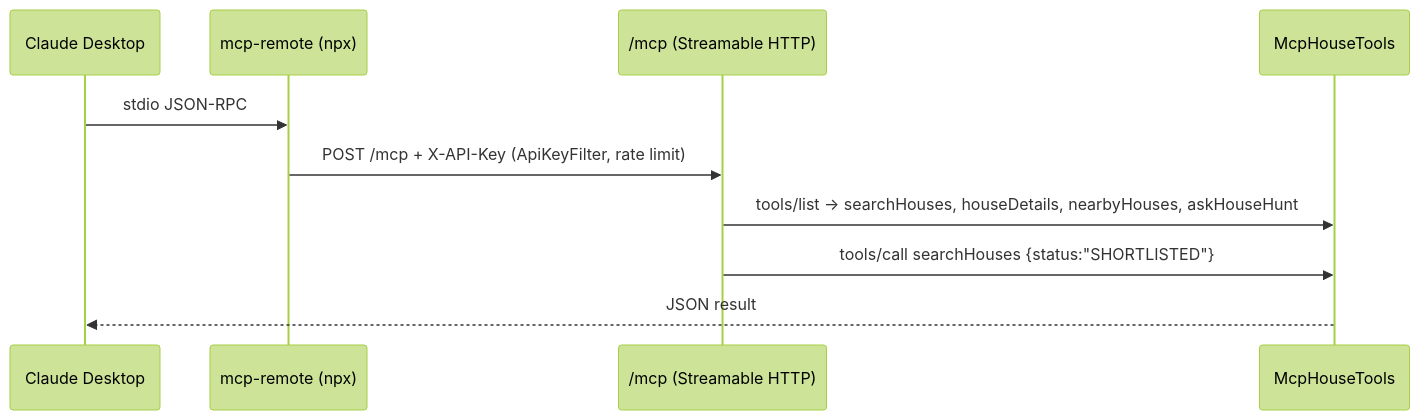
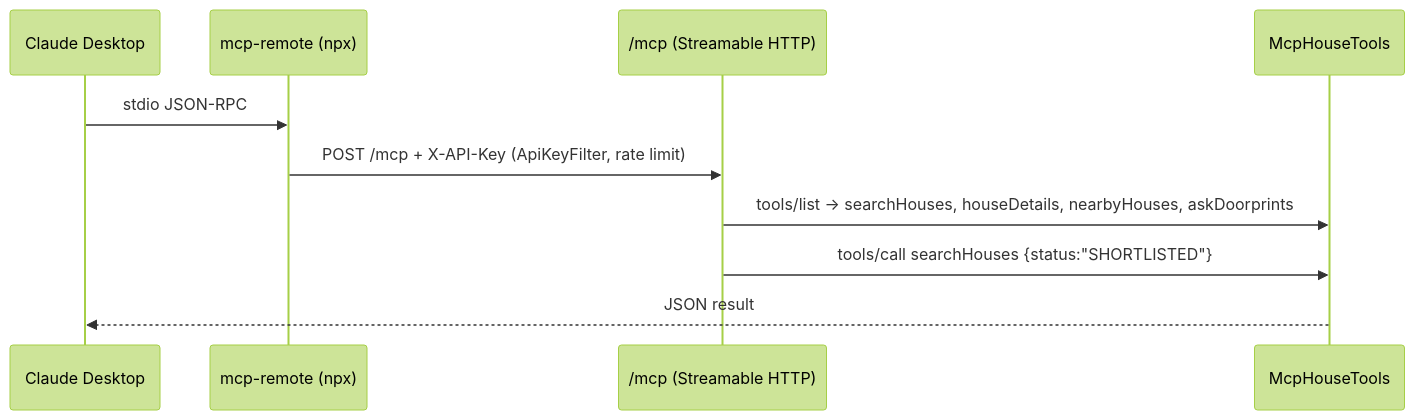
One commit to Sriram-Codes-SW/doorprints changed the sixth of 6 diagrams in docs/ai/ai-design.md. Above: the diagram before and after it, drawn with Mermaid (forest theme). The commit also changed other lines of this file and 17 other files, not shown here.

````diff
--- a/docs/ai/ai-design.md
+++ b/docs/ai/ai-design.md
@@ -544,12 +545,12 @@
 ```mermaid
 sequenceDiagram
   participant CD as Claude Desktop
   participant B as mcp-remote (npx)
   participant API as /mcp (Streamable HTTP)
   participant T as McpHouseTools
   CD->>B: stdio JSON-RPC
   B->>API: POST /mcp + X-API-Key (ApiKeyFilter, rate limit)
-  API->>T: tools/list → searchHouses, houseDetails, nearbyHouses, askHouseHunt
+  API->>T: tools/list → searchHouses, houseDetails, nearbyHouses, askDoorprints
   API->>T: tools/call searchHouses {status:"SHORTLISTED"}
   T-->>CD: JSON result
 ```
````
